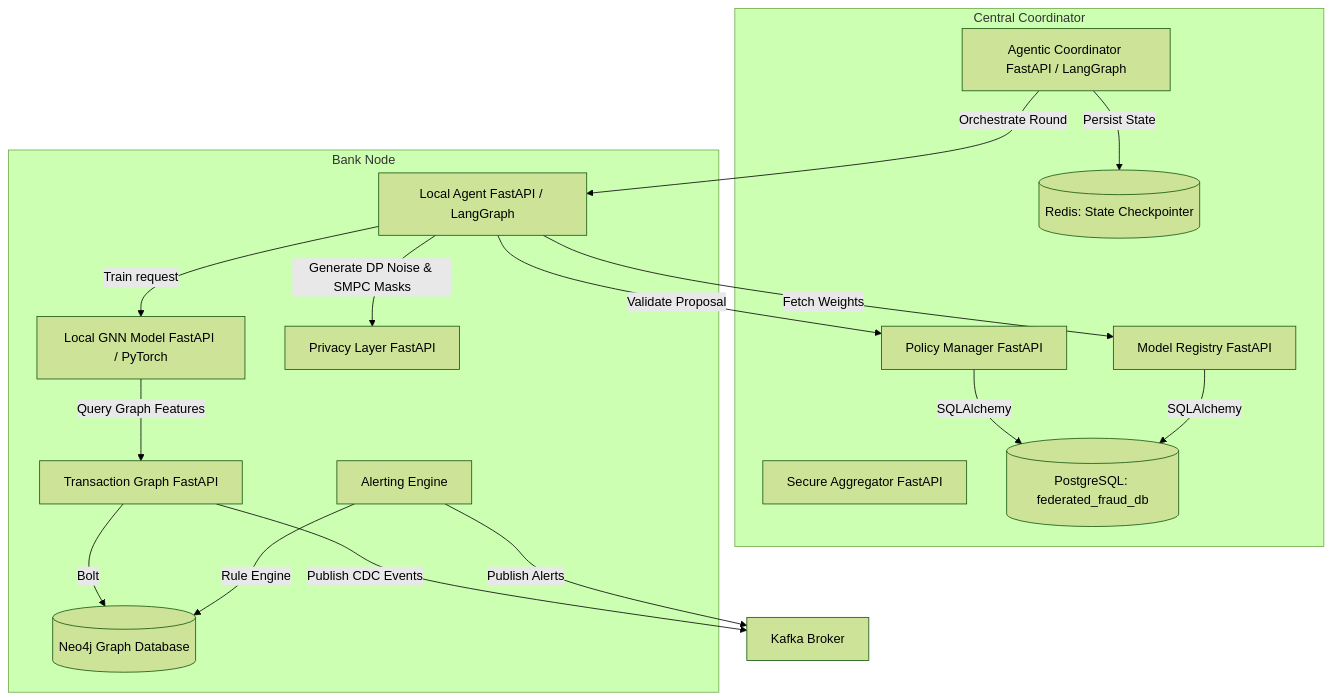
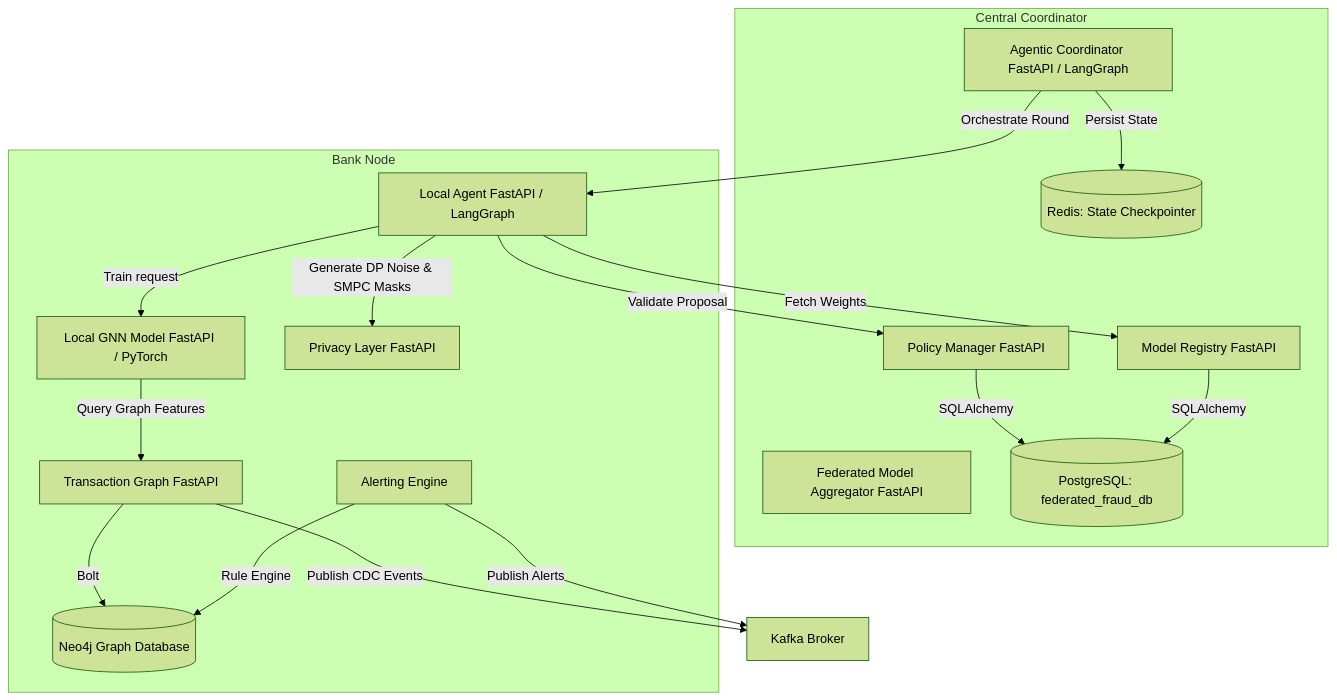
The first of 3 diagrams in doc/flow-explained/architecture_and_database_flow.md (dayawansha/agentic-federated-cbdc-fraud-detection), drawn with Mermaid (forest theme) before and after one commit. The commit also changed other lines of this file and 30 other files, not shown here.

Commit message:
service name refactored to federated-model-aggregator

````diff
--- a/doc/flow-explained/architecture_and_database_flow.md
+++ b/doc/flow-explained/architecture_and_database_flow.md
@@ -35,39 +35,39 @@
 ```mermaid
 graph TD
     subgraph Central Coordinator
         AC[Agentic Coordinator FastAPI / LangGraph]
-        SA[Secure Aggregator FastAPI]
+        SA[Federated Model Aggregator FastAPI]
         PM[Policy Manager FastAPI]
         MR[Model Registry FastAPI]
         PG[(PostgreSQL: federated_fraud_db)]
         RD[(Redis: State Checkpointer)]
     end
 
     subgraph Bank Node
         LA[Local Agent FastAPI / LangGraph]
         LM[Local GNN Model FastAPI / PyTorch]
         PL[Privacy Layer FastAPI]
         TG[Transaction Graph FastAPI]
         AL[Alerting Engine]
         N4J[(Neo4j Graph Database)]
     end
 
     %% Database connections
     PM -->|SQLAlchemy| PG
     MR -->|SQLAlchemy| PG
     AC -->|Persist State| RD
     TG -->|Bolt| N4J
     
     %% Service communication
     AC -->|Orchestrate Round| LA
     LA -->|Fetch Weights| MR
     LA -->|Train request| LM
     LA -->|Generate DP Noise & SMPC Masks| PL
     LA -->|Validate Proposal| PM
     LM -->|Query Graph Features| TG
     AL -->|Rule Engine| N4J
     
     %% Event Streaming
     TG -->|Publish CDC Events| KF[Kafka Broker]
     AL -->|Publish Alerts| KF
 ```
````
